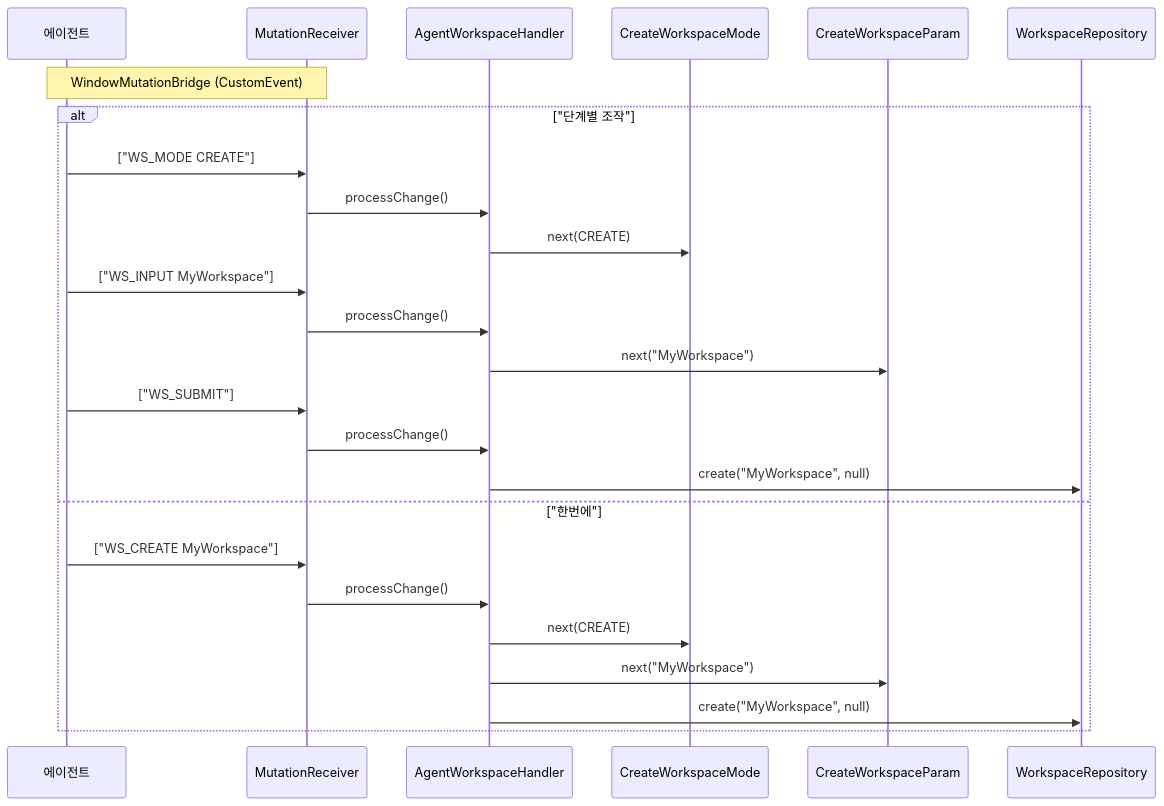
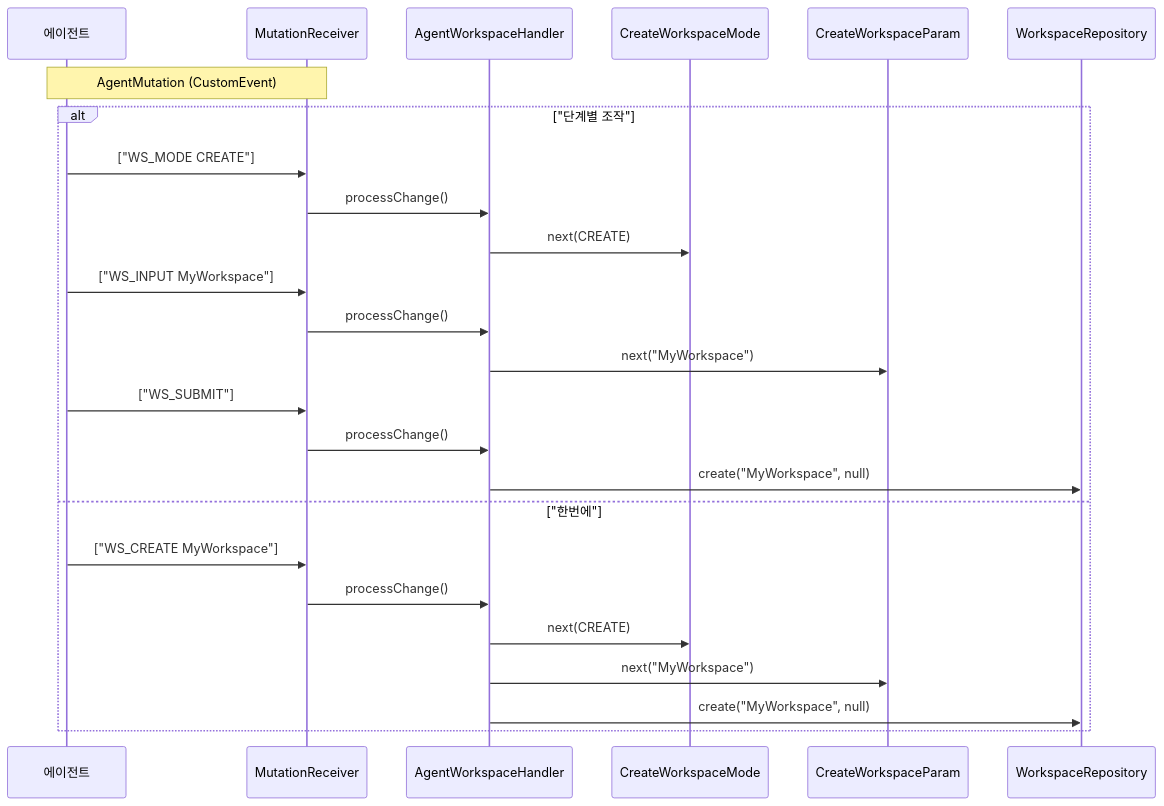
Before and after one commit to sayaya1090/handbook: the third of 4 diagrams in onboarding-ui/USECASE.md, drawn with Mermaid. The commit also changed other lines of this file and 166 other files, not shown here.

````diff
--- a/onboarding-ui/USECASE.md
+++ b/onboarding-ui/USECASE.md
@@ -55,31 +55,31 @@
 ```mermaid
 sequenceDiagram
     participant Agent as 에이전트
     participant MR as MutationReceiver
     participant AWH as AgentWorkspaceHandler
     participant Mode as CreateWorkspaceMode
     participant Param as CreateWorkspaceParam
     participant Repo as WorkspaceRepository
 
-    Note over Agent,MR: WindowMutationBridge (CustomEvent)
+    Note over Agent,MR: AgentMutation (CustomEvent)
 
     alt "단계별 조작"
         Agent->>MR: ["WS_MODE CREATE"]
         MR->>AWH: processChange()
         AWH->>Mode: next(CREATE)
 
         Agent->>MR: ["WS_INPUT MyWorkspace"]
         MR->>AWH: processChange()
         AWH->>Param: next("MyWorkspace")
 
         Agent->>MR: ["WS_SUBMIT"]
         MR->>AWH: processChange()
         AWH->>Repo: create("MyWorkspace", null)
     else "한번에"
         Agent->>MR: ["WS_CREATE MyWorkspace"]
         MR->>AWH: processChange()
         AWH->>Mode: next(CREATE)
         AWH->>Param: next("MyWorkspace")
         AWH->>Repo: create("MyWorkspace", null)
     end
 ```
````
